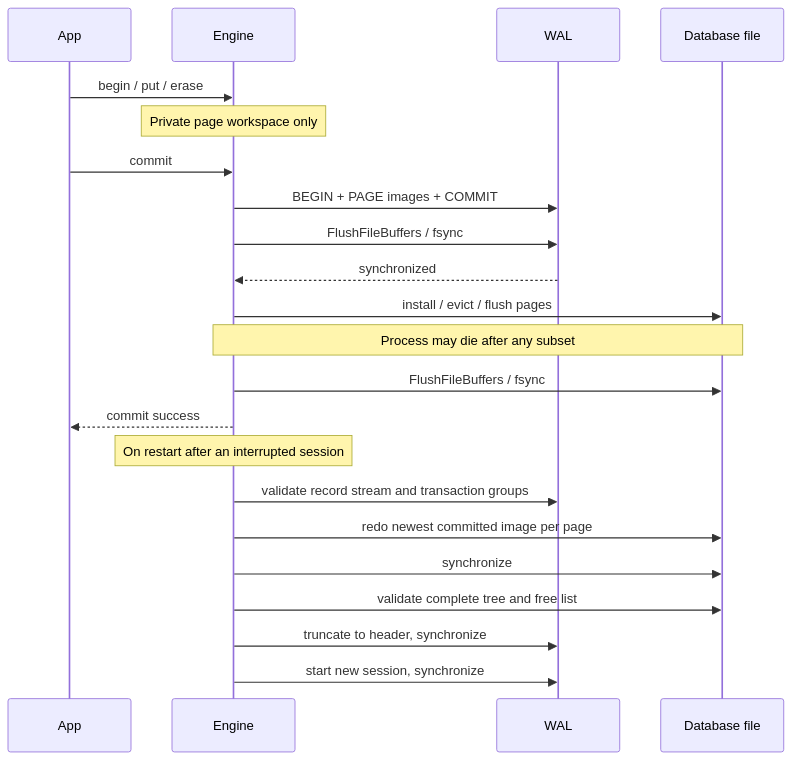
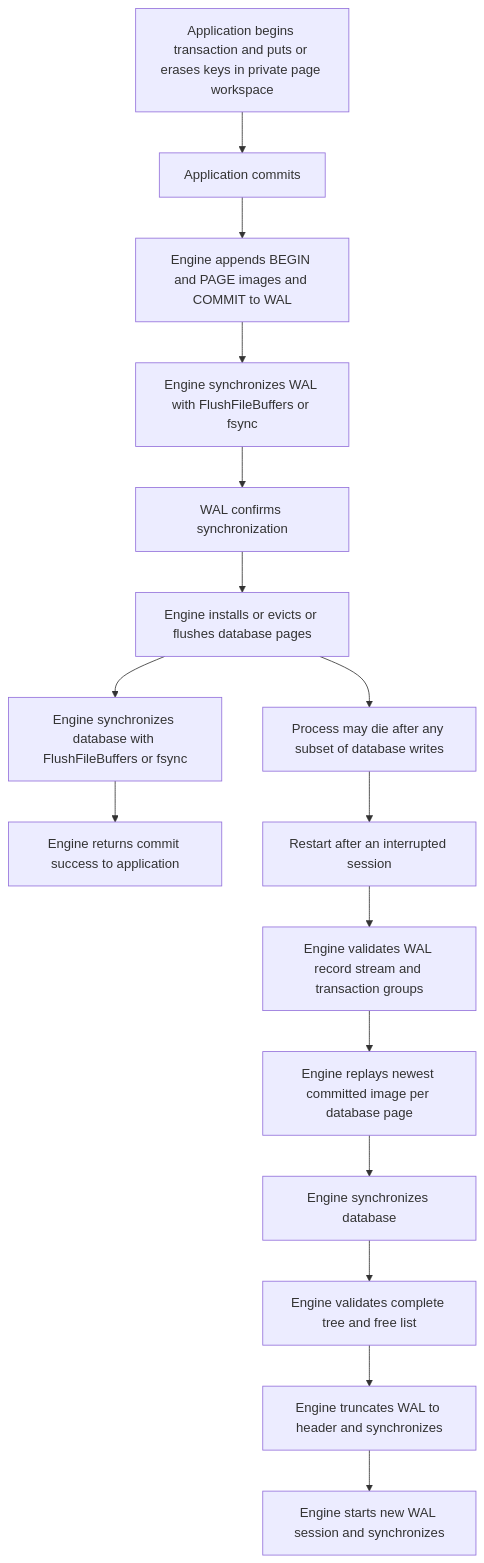
Before and after one commit to JakubOdyssey/AtlasDB: the diagram in docs/wal-and-recovery.md, drawn with Mermaid. The commit also changed 4 other files, not shown here.

Commit message:
Simplify Mermaid diagrams for GitHub rendering

````diff
--- a/docs/wal-and-recovery.md
+++ b/docs/wal-and-recovery.md
@@ -14,24 +14,34 @@
 ```mermaid
-sequenceDiagram
-    participant App
-    participant Engine
-    participant WAL
-    participant DB as Database file
-    App->>Engine: begin / put / erase
-    Note over Engine: Private page workspace only
-    App->>Engine: commit
-    Engine->>WAL: BEGIN + PAGE images + COMMIT
-    Engine->>WAL: FlushFileBuffers / fsync
-    WAL-->>Engine: synchronized
-    Engine->>DB: install / evict / flush pages
-    Note over Engine,DB: Process may die after any subset
-    Engine->>DB: FlushFileBuffers / fsync
-    Engine-->>App: commit success
-    Note over Engine: On restart after an interrupted session
-    Engine->>WAL: validate record stream and transaction groups
-    Engine->>DB: redo newest committed image per page
-    Engine->>DB: synchronize
-    Engine->>DB: validate complete tree and free list
-    Engine->>WAL: truncate to header, synchronize
-    Engine->>WAL: start new session, synchronize
+flowchart TD
+    A["Application begins transaction and puts or erases keys in private page workspace"]
+    B["Application commits"]
+    C["Engine appends BEGIN and PAGE images and COMMIT to WAL"]
+    D["Engine synchronizes WAL with FlushFileBuffers or fsync"]
+    E["WAL confirms synchronization"]
+    F["Engine installs or evicts or flushes database pages"]
+    G["Engine synchronizes database with FlushFileBuffers or fsync"]
+    H["Engine returns commit success to application"]
+    I["Process may die after any subset of database writes"]
+    J["Restart after an interrupted session"]
+    K["Engine validates WAL record stream and transaction groups"]
+    L["Engine replays newest committed image per database page"]
+    M["Engine synchronizes database"]
+    N["Engine validates complete tree and free list"]
+    O["Engine truncates WAL to header and synchronizes"]
+    P["Engine starts new WAL session and synchronizes"]
+    A --> B
+    B --> C
+    C --> D
+    D --> E
+    E --> F
+    F --> G
+    G --> H
+    F --> I
+    I --> J
+    J --> K
+    K --> L
+    L --> M
+    M --> N
+    N --> O
+    O --> P
 ```
````
